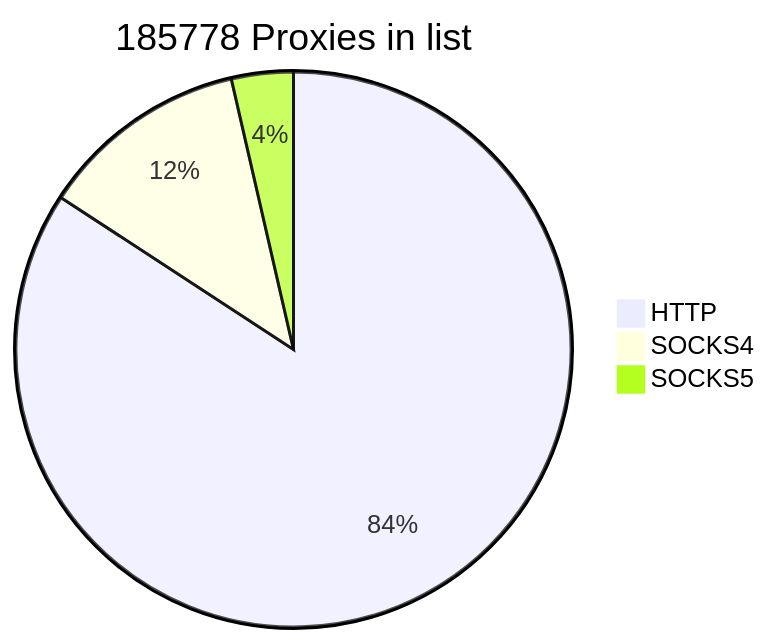
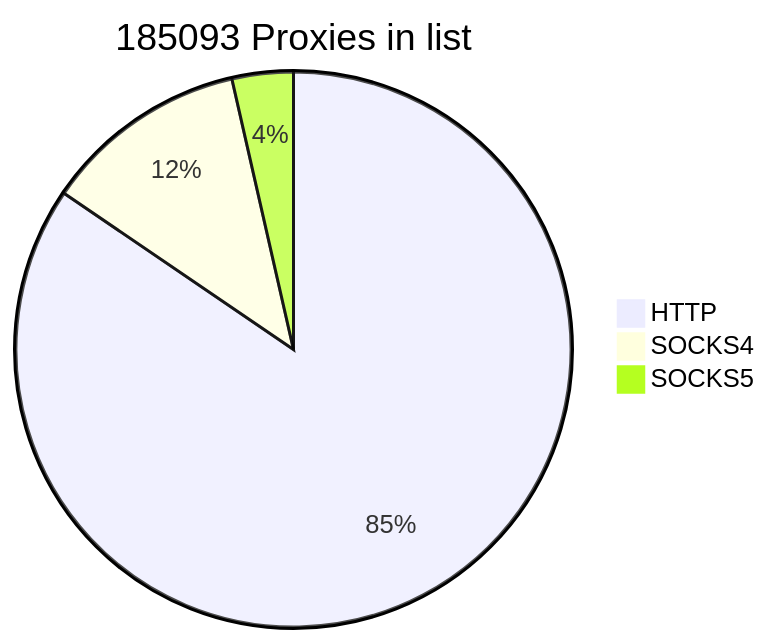
Before and after one commit to cutipu/proxylist: the first of 2 diagrams in README.md, drawn with Mermaid. The commit also changed other lines of this file, not shown here.

````diff
--- a/README.md
+++ b/README.md
@@ -2,7 +2,7 @@
 ```mermaid
-pie title 185778 Proxies in list
-    "HTTP" : 156446
-    "SOCKS4" : 22654
-    "SOCKS5" : 6678
+pie title 185093 Proxies in list
+    "HTTP" : 156424
+    "SOCKS4" : 22073
+    "SOCKS5" : 6596
             
 ```
````
